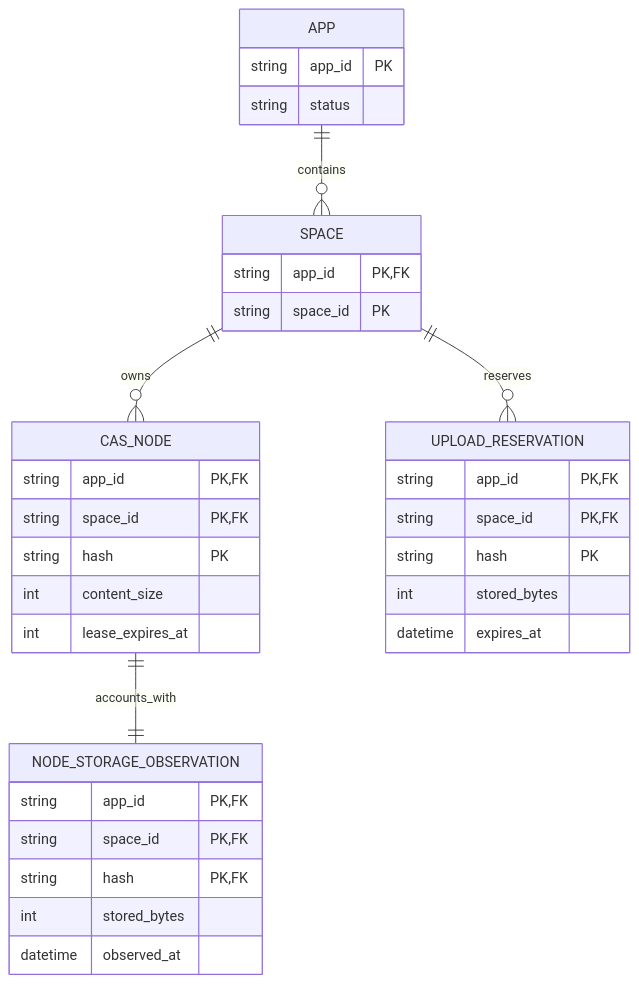
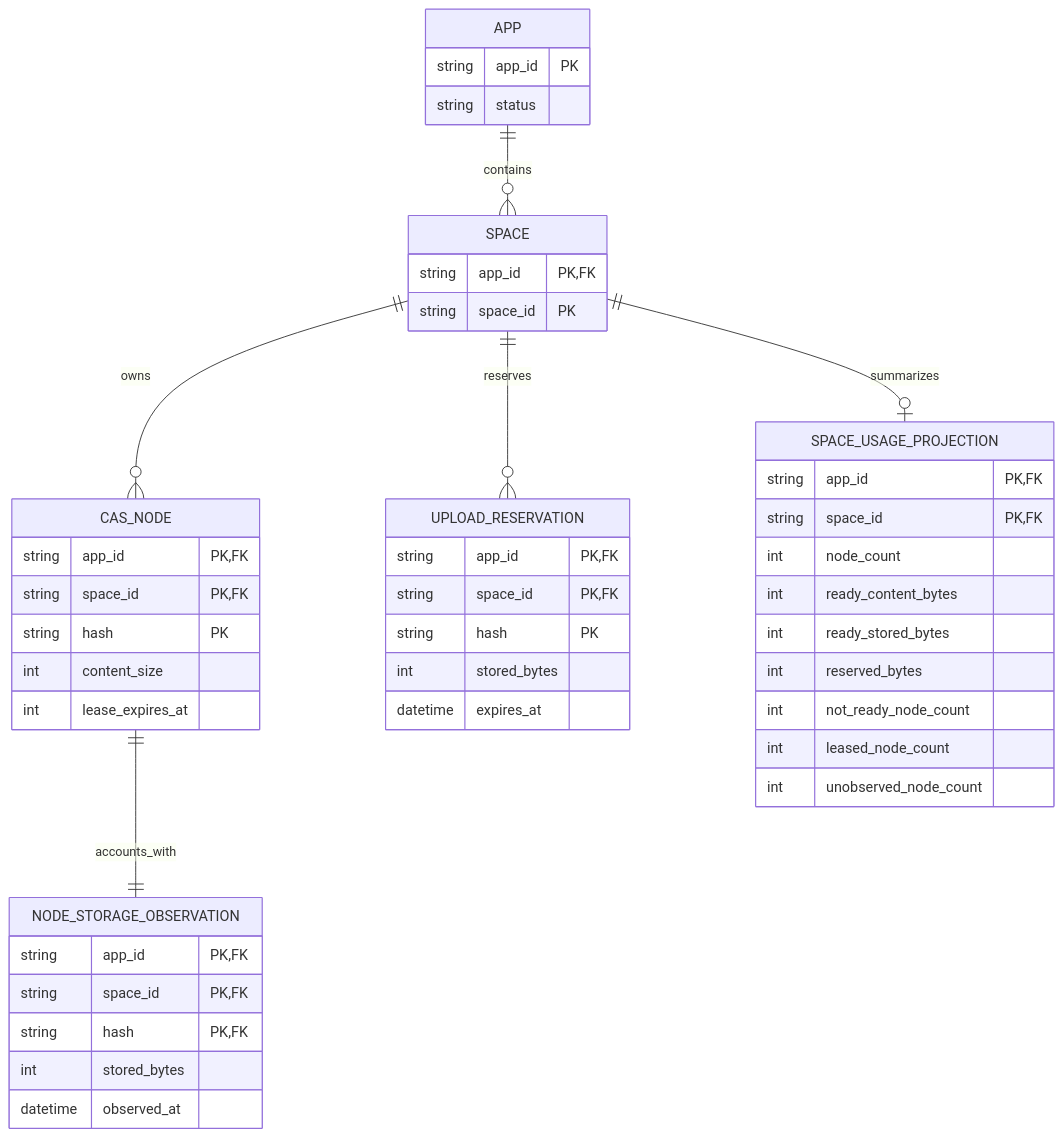
One commit to shazhou-ww/unicas changed the diagram in tasks/add-app-level-usage-reporting/BusinessDataModel.md. Above: the diagram before and after it, drawn with Mermaid. The commit also changed other lines of this file and 3 other files, not shown here.

Commit message:
docs: use per-space usage rollups

````diff
--- a/tasks/add-app-level-usage-reporting/BusinessDataModel.md
+++ b/tasks/add-app-level-usage-reporting/BusinessDataModel.md
@@ -29,41 +32,54 @@
 ```mermaid
 erDiagram
   APP {
     string app_id PK
     string status
   }
 
   SPACE {
     string app_id PK, FK
     string space_id PK
   }
 
   CAS_NODE {
     string app_id PK, FK
     string space_id PK, FK
     string hash PK
     int content_size
     int lease_expires_at
   }
 
   NODE_STORAGE_OBSERVATION {
     string app_id PK, FK
     string space_id PK, FK
     string hash PK, FK
     int stored_bytes
     datetime observed_at
   }
 
   UPLOAD_RESERVATION {
     string app_id PK, FK
     string space_id PK, FK
     string hash PK
     int stored_bytes
     datetime expires_at
   }
 
+  SPACE_USAGE_PROJECTION {
+    string app_id PK, FK
+    string space_id PK, FK
+    int node_count
+    int ready_content_bytes
+    int ready_stored_bytes
+    int reserved_bytes
+    int not_ready_node_count
+    int leased_node_count
+    int unobserved_node_count
+  }
+
   APP ||--o{ SPACE : contains
   SPACE ||--o{ CAS_NODE : owns
   CAS_NODE ||--|| NODE_STORAGE_OBSERVATION : accounts_with
   SPACE ||--o{ UPLOAD_RESERVATION : reserves
+  SPACE ||--o| SPACE_USAGE_PROJECTION : summarizes
 ```
````
